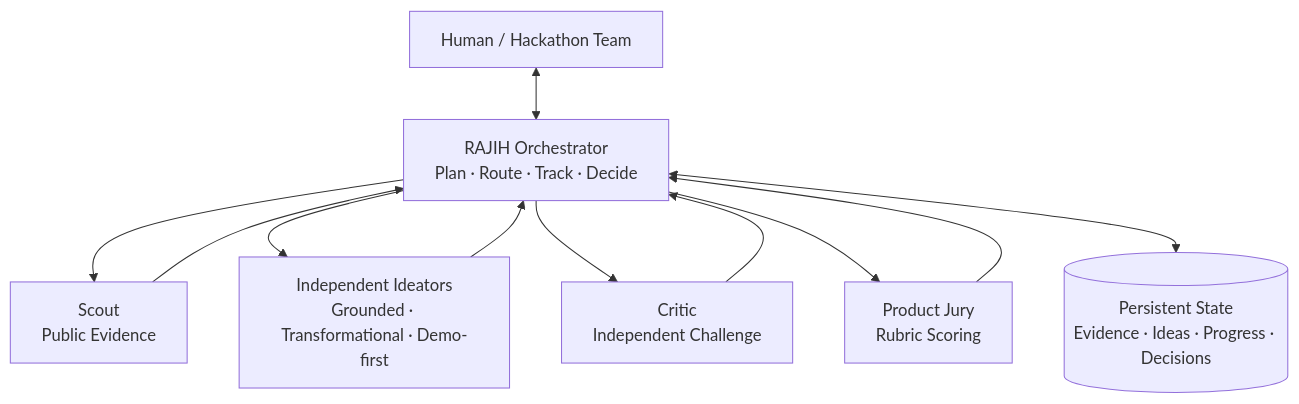
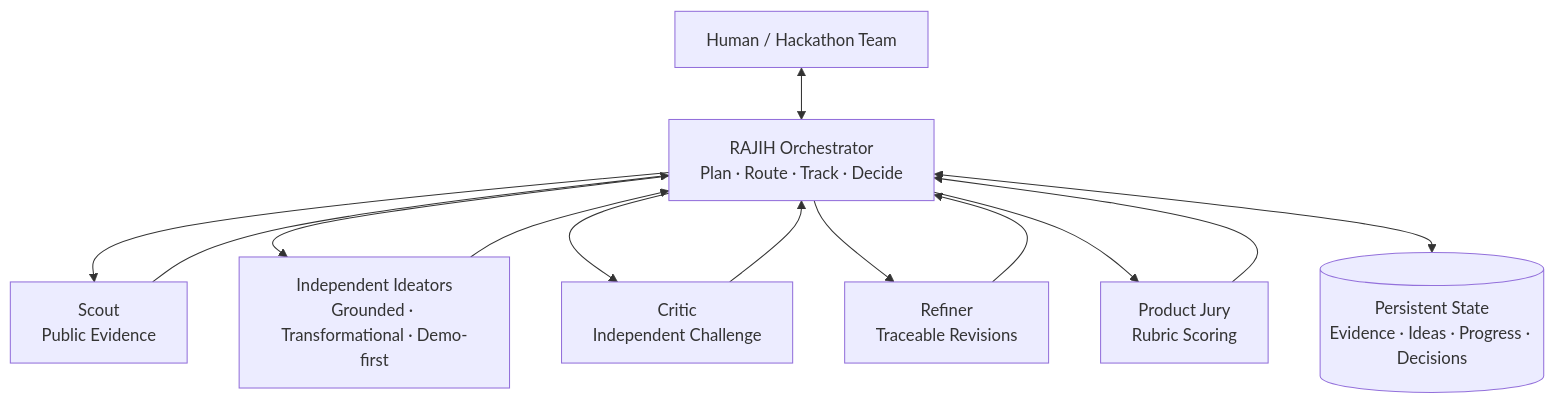
The diagram in README.md (SultanAlfaifi/rajih-engine), drawn with Mermaid before and after one commit. The commit also changed other lines of this file and 16 other files, not shown here.

````diff
--- a/README.md
+++ b/README.md
@@ -25,13 +27,15 @@
 ```mermaid
 flowchart TB
     H["Human / Hackathon Team"] <--> O["RAJIH Orchestrator<br/>Plan · Route · Track · Decide"]
     O --> S["Scout<br/>Public Evidence"]
     O --> I["Independent Ideators<br/>Grounded · Transformational · Demo-first"]
     O --> C["Critic<br/>Independent Challenge"]
+    O --> R["Refiner<br/>Traceable Revisions"]
     O --> J["Product Jury<br/>Rubric Scoring"]
     S --> O
     I --> O
     C --> O
+    R --> O
     J --> O
     O <--> M[("Persistent State<br/>Evidence · Ideas · Progress · Decisions")]
 ```
````
